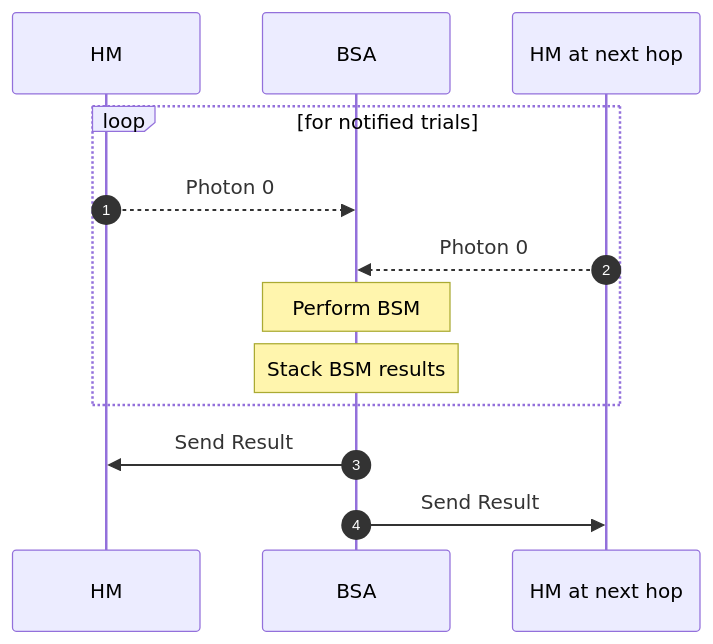
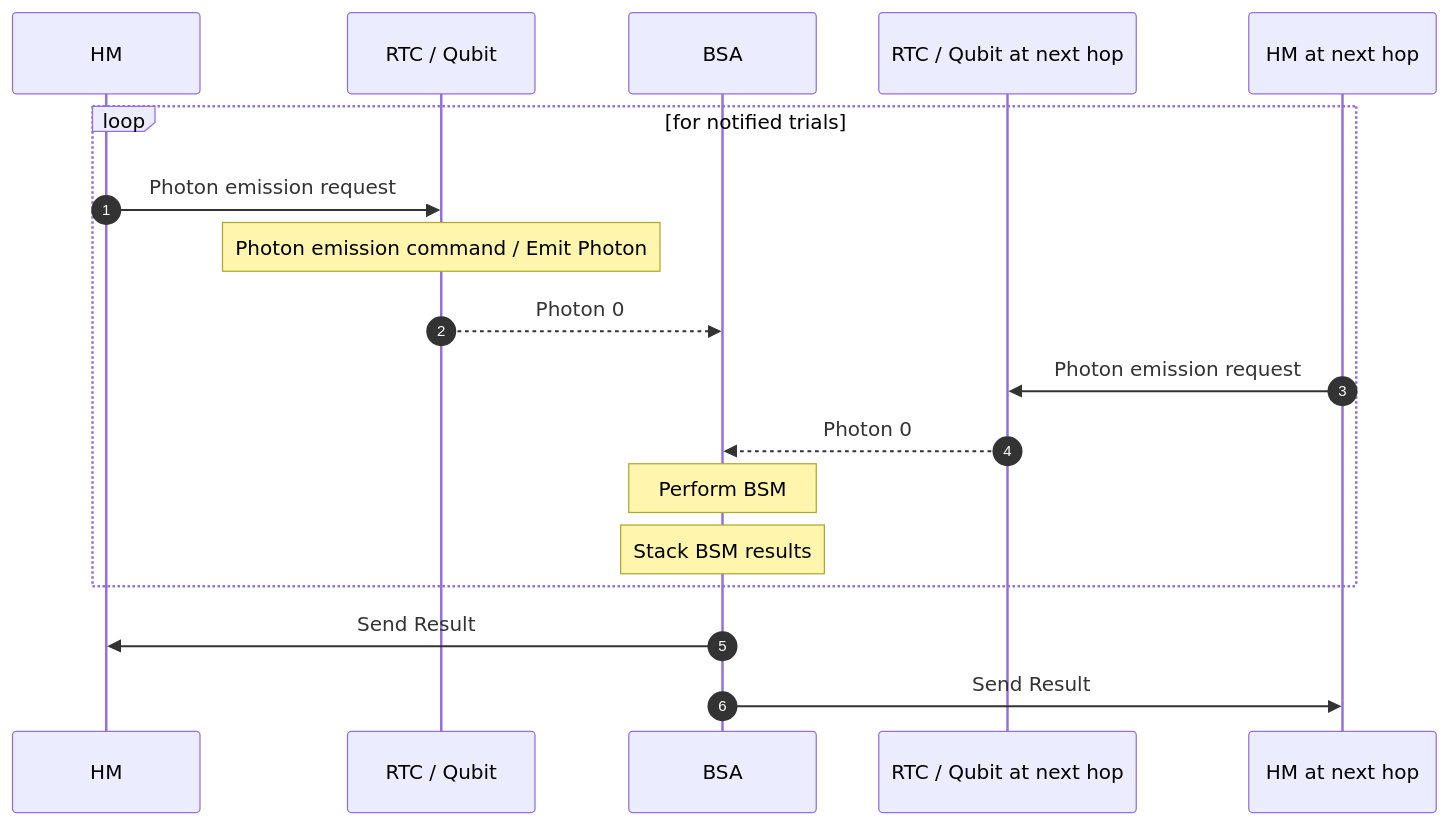
Before and after one commit to sfc-aqua/qrsa: the fourth of 7 diagrams in hardware_monitor/README.md, drawn with Mermaid. The commit also changed other lines of this file and 9 other files, not shown here.

````diff
--- a/hardware_monitor/README.md
+++ b/hardware_monitor/README.md
@@ -130,19 +136,24 @@
 ```mermaid
 sequenceDiagram
 autonumber
 
 participant hm as HM
+participant rtc as RTC / Qubit
 participant bsa as BSA
+participant rtc2 as RTC / Qubit at next hop
 participant hm2 as HM at next hop
 
 loop for notified trials
-    hm -->> bsa: Photon 0
-    hm2 -->> bsa: Photon 0
+    hm ->> rtc: Photon emission request
+    Note over rtc: Photon emission command / Emit Photon
+    rtc -->> bsa: Photon 0
+    hm2 ->> rtc2: Photon emission request
+    rtc2 -->> bsa: Photon 0
     Note over bsa: Perform BSM
     Note over bsa: Stack BSM results
 end
 
 bsa ->> hm: Send Result
 bsa ->> hm2: Send Result
 
 ```
````
